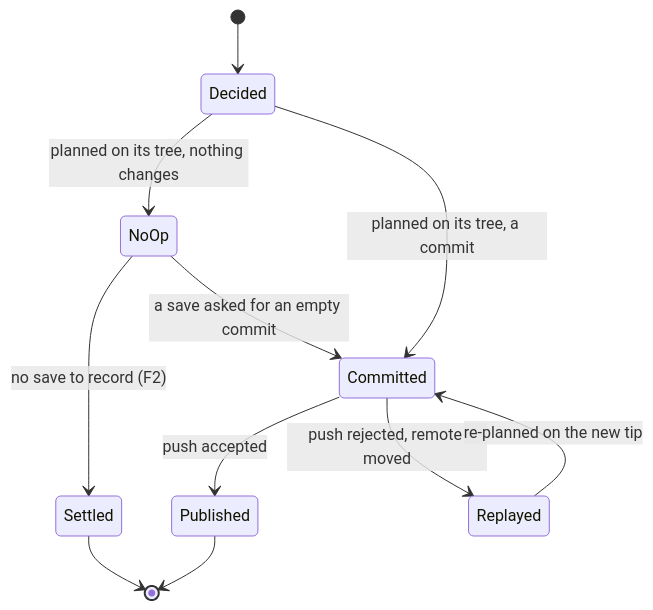
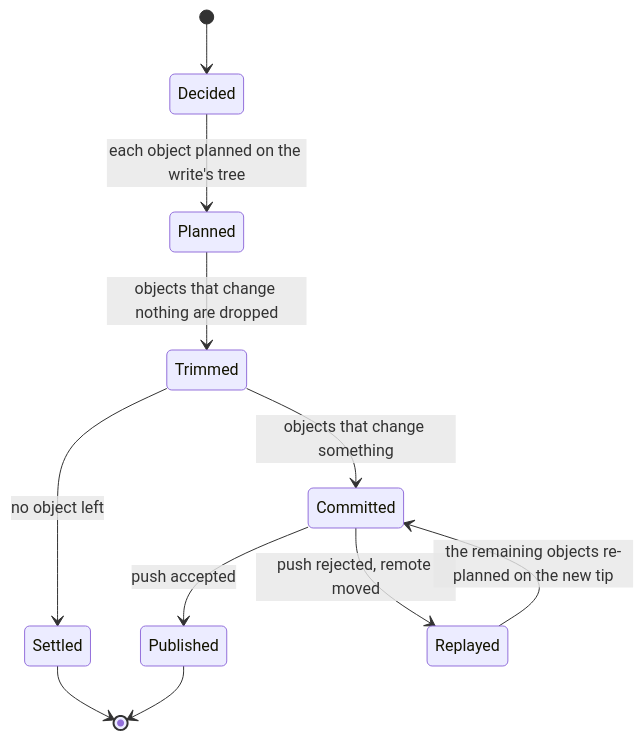
The third of 6 diagrams in docs/design/applier-echoes.md (ConfigButler/gitops-reverser), drawn with Mermaid before and after one commit. The commit also changed other lines of this file and 1 other file, not shown here.

First line of the commit message:
docs(design): close the gaps in the applier-echoes plan, and list its e2e scenarios

````diff
--- a/docs/design/applier-echoes.md
+++ b/docs/design/applier-echoes.md
@@ -192,13 +177,13 @@
 ```mermaid
 stateDiagram-v2
     [*] --> Decided
-    Decided --> NoOp: planned on its tree, nothing changes
-    Decided --> Committed: planned on its tree, a commit
-    NoOp --> Settled: no save to record (F2)
-    NoOp --> Committed: a save asked for an empty commit
+    Decided --> Planned: each object planned on the write's tree
+    Planned --> Trimmed: objects that change nothing are dropped
+    Trimmed --> Settled: no object left
+    Trimmed --> Committed: objects that change something
     Committed --> Published: push accepted
     Committed --> Replayed: push rejected, remote moved
-    Replayed --> Committed: re-planned on the new tip
+    Replayed --> Committed: the remaining objects re-planned on the new tip
     Settled --> [*]
     Published --> [*]
 ```
````
